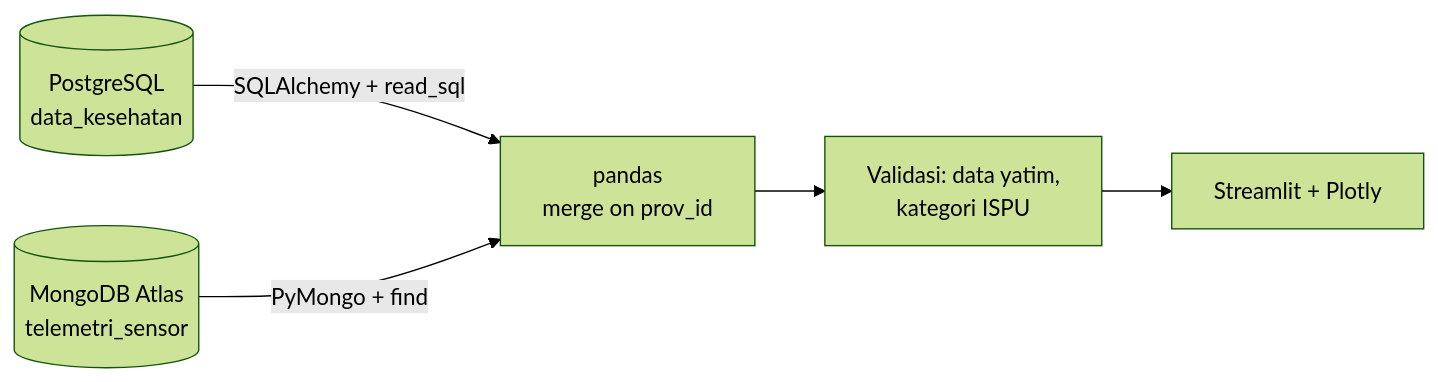
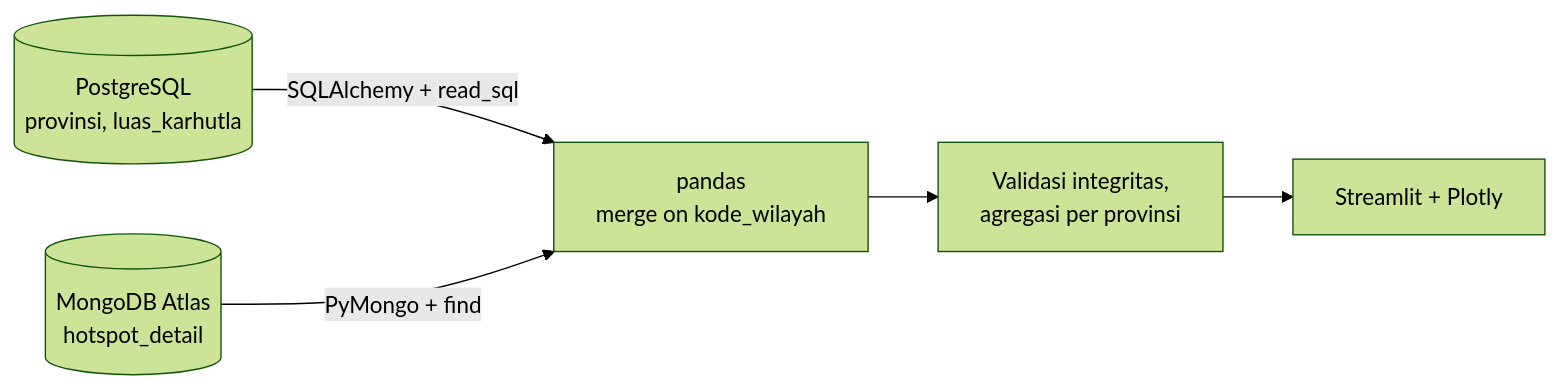
Before and after one commit to RamaMN/multi-dbms-karhutla: the diagram in README.md, drawn with Mermaid (forest theme). The commit also changed other lines of this file and 14 other files, not shown here.

````diff
--- a/README.md
+++ b/README.md
@@ -22,7 +23,7 @@
 ```mermaid
 flowchart LR
-    A[(PostgreSQL<br/>data_kesehatan)] -->|SQLAlchemy + read_sql| C[pandas<br/>merge on prov_id]
-    B[(MongoDB Atlas<br/>telemetri_sensor)] -->|PyMongo + find| C
-    C --> D[Validasi: data yatim,<br/>kategori ISPU]
+    A[(PostgreSQL<br/>provinsi, luas_karhutla)] -->|SQLAlchemy + read_sql| C[pandas<br/>merge on kode_wilayah]
+    B[(MongoDB Atlas<br/>hotspot_detail)] -->|PyMongo + find| C
+    C --> D[Validasi integritas,<br/>agregasi per provinsi]
     D --> E[Streamlit + Plotly]
 ```
````
